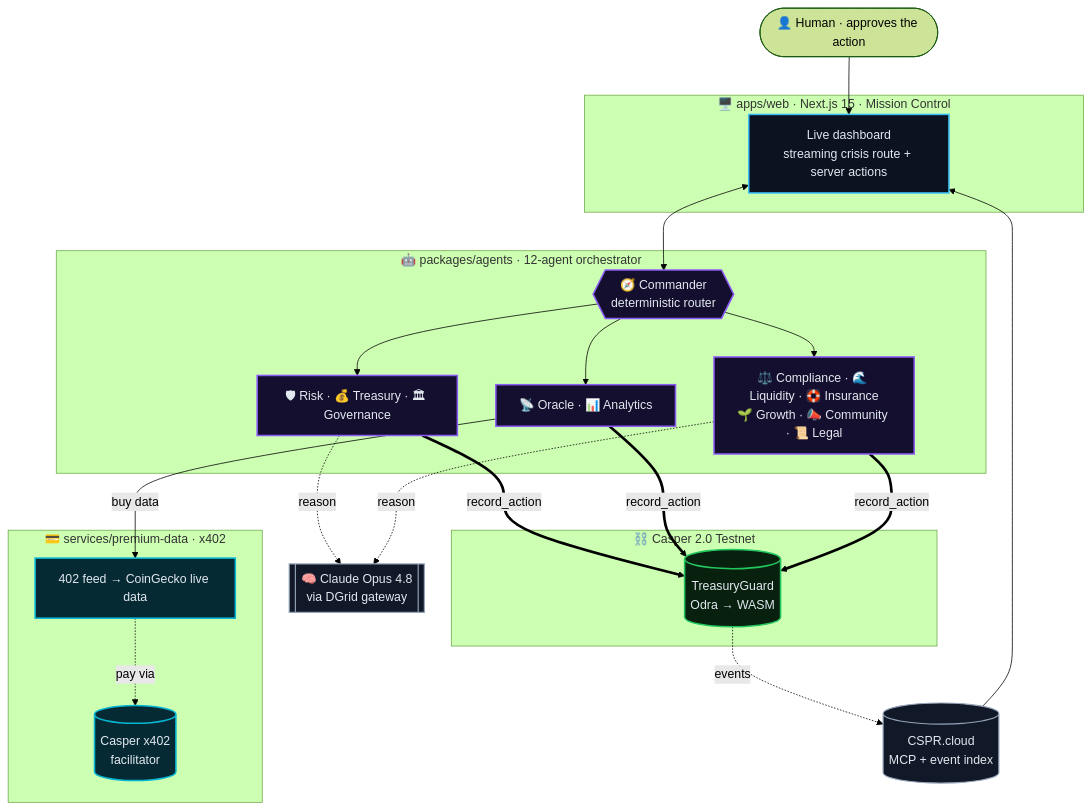
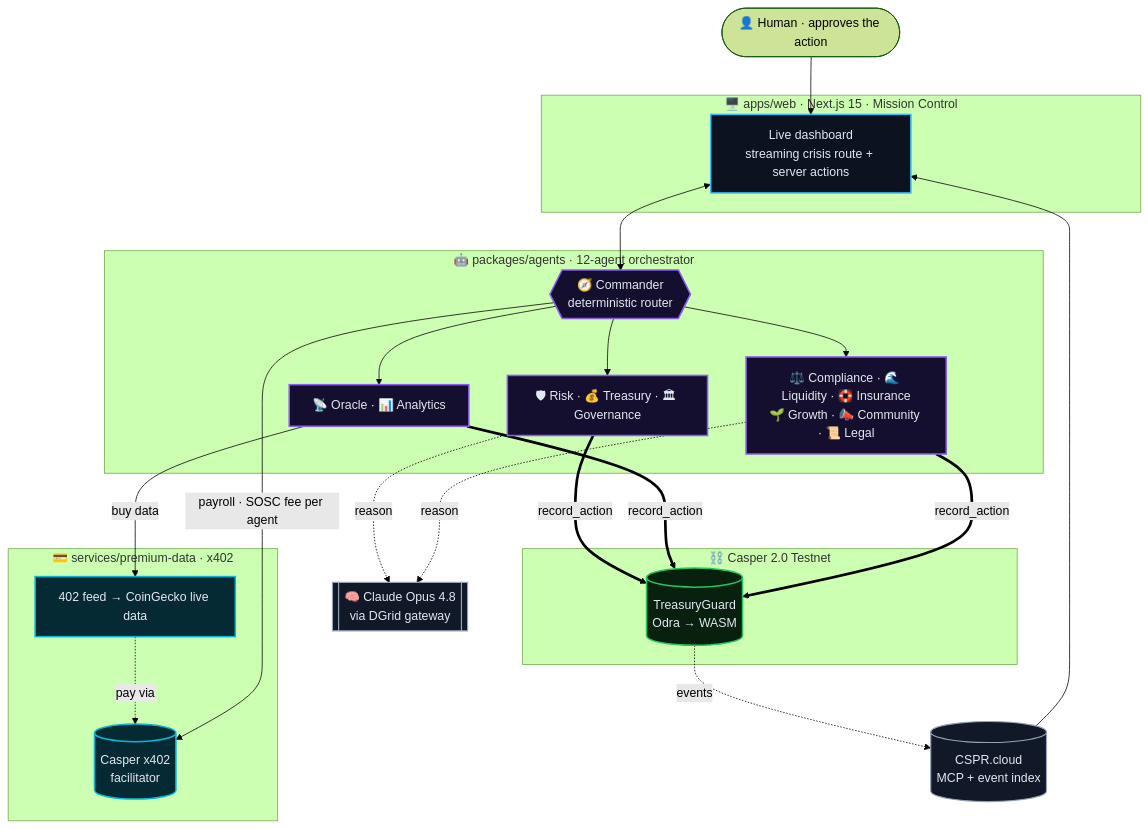
Before and after one commit to zaxcoraider/sentinelos-x: the diagram in README.md, drawn with Mermaid (forest theme). The commit also changed other lines of this file and 2 other files, not shown here.

First line of the commit message:
docs: MIT license + README refresh — 24 txs/incident, payroll in architecture diagram

````diff
--- a/README.md
+++ b/README.md
@@ -142,53 +144,54 @@
 ```mermaid
 flowchart TD
     User([👤 Human · approves the action])
 
     subgraph WEB["🖥️  apps/web · Next.js 15 · Mission Control"]
         UI["Live dashboard<br/>streaming crisis route + server actions"]
     end
 
     subgraph AGENTS["🤖  packages/agents · 12-agent orchestrator"]
         CMD{{"🧭 Commander<br/>deterministic router"}}
         CORE["🛡 Risk · 💰 Treasury · 🏛 Governance"]
         DATA["📡 Oracle · 📊 Analytics"]
         ADV["⚖️ Compliance · 🌊 Liquidity · 🛟 Insurance<br/>🌱 Growth · 📣 Community · 📜 Legal"]
     end
 
     LLM[["🧠 Claude Opus 4.8<br/>via DGrid gateway"]]
 
     subgraph PAY["💳  services/premium-data · x402"]
         FEED["402 feed → CoinGecko live data"]
         FAC[("Casper x402<br/>facilitator")]
     end
 
     subgraph CHAIN["⛓️  Casper 2.0 Testnet"]
         SC[("TreasuryGuard<br/>Odra → WASM")]
     end
 
     CLOUD[("CSPR.cloud<br/>MCP + event index")]
 
     User --> UI
     UI <--> CMD
     CMD --> CORE & DATA & ADV
     CORE -. reason .-> LLM
     ADV -. reason .-> LLM
     DATA -- buy data --> FEED
     FEED -. pay via .-> FAC
+    CMD -- "payroll · SOSC fee per agent" --> FAC
     CORE == record_action ==> SC
     DATA == record_action ==> SC
     ADV == record_action ==> SC
     SC -. events .-> CLOUD
     CLOUD --> UI
 
     classDef web fill:#0b1220,stroke:#38bdf8,stroke-width:2px,color:#e2e8f0;
     classDef ag fill:#140f2e,stroke:#8b5cf6,stroke-width:2px,color:#e2e8f0;
     classDef pay fill:#062a33,stroke:#06b6d4,stroke-width:2px,color:#e2e8f0;
     classDef chain fill:#08210f,stroke:#22c55e,stroke-width:2px,color:#e2e8f0;
     classDef ext fill:#111827,stroke:#94a3b8,stroke-width:1.5px,color:#e2e8f0;
 
     class UI web;
     class CMD,CORE,DATA,ADV ag;
     class FEED,FAC pay;
     class SC chain;
     class LLM,CLOUD ext;
 ```
````
